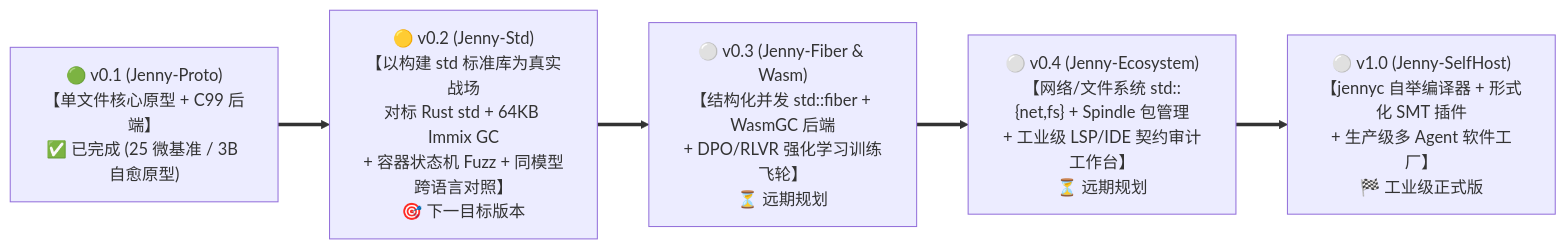
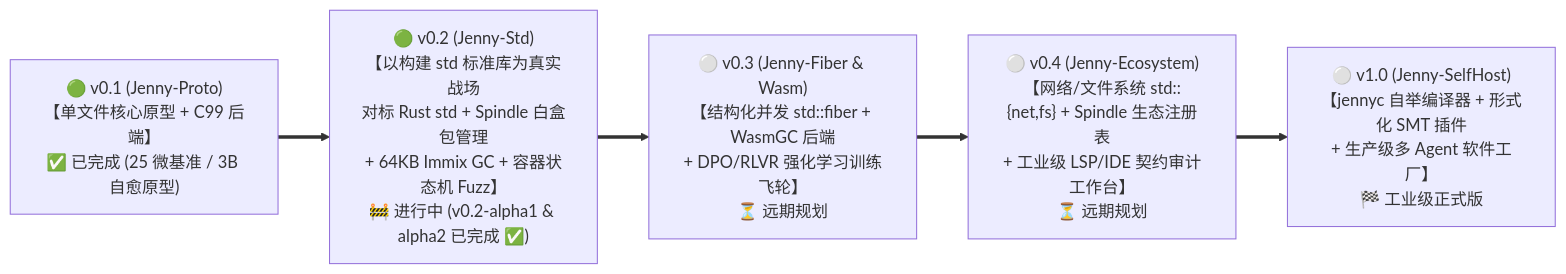
Before and after one commit to Jenny-RSI/Jenny-lang: the diagram in ROADMAP_zh.md, drawn with Mermaid. The commit also changed other lines of this file and 120 other files, not shown here.

````diff
--- a/ROADMAP_zh.md
+++ b/ROADMAP_zh.md
@@ -11,10 +11,10 @@
 ```mermaid
 flowchart LR
     V01["🟢 v0.1 (Jenny-Proto)\n【单文件核心原型 + C99 后端】\n✅ 已完成 (25 微基准 / 3B 自愈原型)"]
-    V02["🟡 v0.2 (Jenny-Std)\n【以构建 std 标准库为真实战场\n对标 Rust std + 64KB Immix GC\n+ 容器状态机 Fuzz + 同模型跨语言对照】\n🎯 下一目标版本"]
+    V02["🟢 v0.2 (Jenny-Std)\n【以构建 std 标准库为真实战场\n对标 Rust std + Spindle 白盒包管理\n+ 64KB Immix GC + 容器状态机 Fuzz】\n🚧 进行中 (v0.2-alpha1 & alpha2 已完成 ✅)"]
     V03["⚪ v0.3 (Jenny-Fiber & Wasm)\n【结构化并发 std::fiber + WasmGC 后端\n+ DPO/RLVR 强化学习训练飞轮】\n⏳ 远期规划"]
-    V04["⚪ v0.4 (Jenny-Ecosystem)\n【网络/文件系统 std::{net,fs} + Spindle 包管理\n+ 工业级 LSP/IDE 契约审计工作台】\n⏳ 远期规划"]
+    V04["⚪ v0.4 (Jenny-Ecosystem)\n【网络/文件系统 std::{net,fs} + Spindle 生态注册表\n+ 工业级 LSP/IDE 契约审计工作台】\n⏳ 远期规划"]
     V10["⚪ v1.0 (Jenny-SelfHost)\n【jennyc 自举编译器 + 形式化 SMT 插件\n+ 生产级多 Agent 软件工厂】\n🏁 工业级正式版"]
 
     V01 ==> V02 ==> V03 ==> V04 ==> V10
 ```
````
